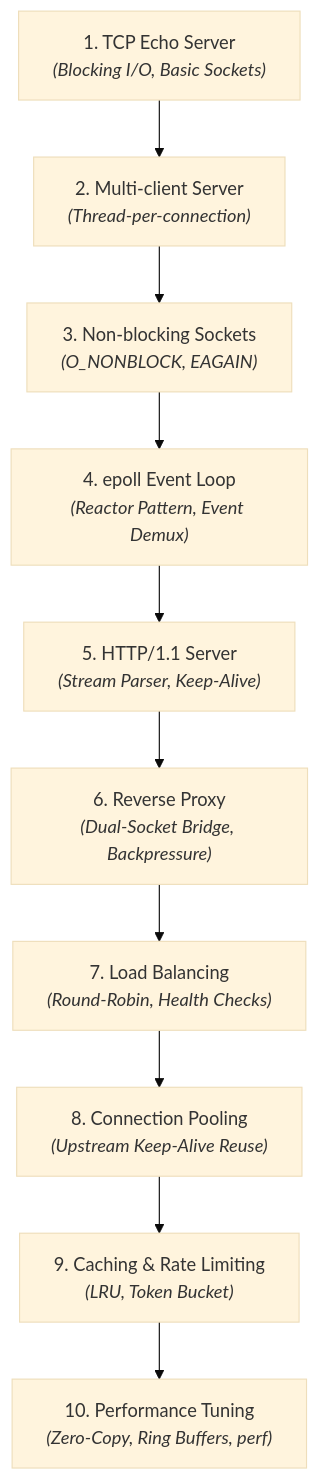
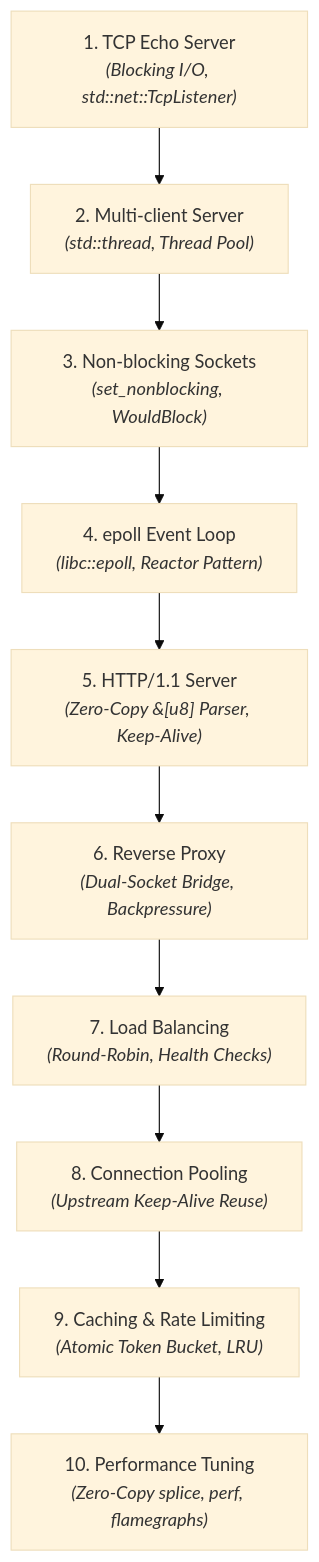
The first of 3 diagrams in docs/roadmap.md (drumilbhati/xerver), drawn with Mermaid (base theme) before and after one commit. The commit also changed other lines of this file and 12 other files, not shown here.

````diff
--- a/docs/roadmap.md
+++ b/docs/roadmap.md
@@ -5,12 +5,12 @@
 ```mermaid
 flowchart TD
-    M1["1. TCP Echo Server<br/><i>(Blocking I/O, Basic Sockets)</i>"] --> M2["2. Multi-client Server<br/><i>(Thread-per-connection)</i>"]
-    M2 --> M3["3. Non-blocking Sockets<br/><i>(O_NONBLOCK, EAGAIN)</i>"]
-    M3 --> M4["4. epoll Event Loop<br/><i>(Reactor Pattern, Event Demux)</i>"]
-    M4 --> M5["5. HTTP/1.1 Server<br/><i>(Stream Parser, Keep-Alive)</i>"]
+    M1["1. TCP Echo Server<br/><i>(Blocking I/O, std::net::TcpListener)</i>"] --> M2["2. Multi-client Server<br/><i>(std::thread, Thread Pool)</i>"]
+    M2 --> M3["3. Non-blocking Sockets<br/><i>(set_nonblocking, WouldBlock)</i>"]
+    M3 --> M4["4. epoll Event Loop<br/><i>(libc::epoll, Reactor Pattern)</i>"]
+    M4 --> M5["5. HTTP/1.1 Server<br/><i>(Zero-Copy &[u8] Parser, Keep-Alive)</i>"]
     M5 --> M6["6. Reverse Proxy<br/><i>(Dual-Socket Bridge, Backpressure)</i>"]
     M6 --> M7["7. Load Balancing<br/><i>(Round-Robin, Health Checks)</i>"]
     M7 --> M8["8. Connection Pooling<br/><i>(Upstream Keep-Alive Reuse)</i>"]
-    M8 --> M9["9. Caching & Rate Limiting<br/><i>(LRU, Token Bucket)</i>"]
-    M9 --> M10["10. Performance Tuning<br/><i>(Zero-Copy, Ring Buffers, perf)</i>"]
+    M8 --> M9["9. Caching & Rate Limiting<br/><i>(Atomic Token Bucket, LRU)</i>"]
+    M9 --> M10["10. Performance Tuning<br/><i>(Zero-Copy splice, perf, flamegraphs)</i>"]
 ```
````
